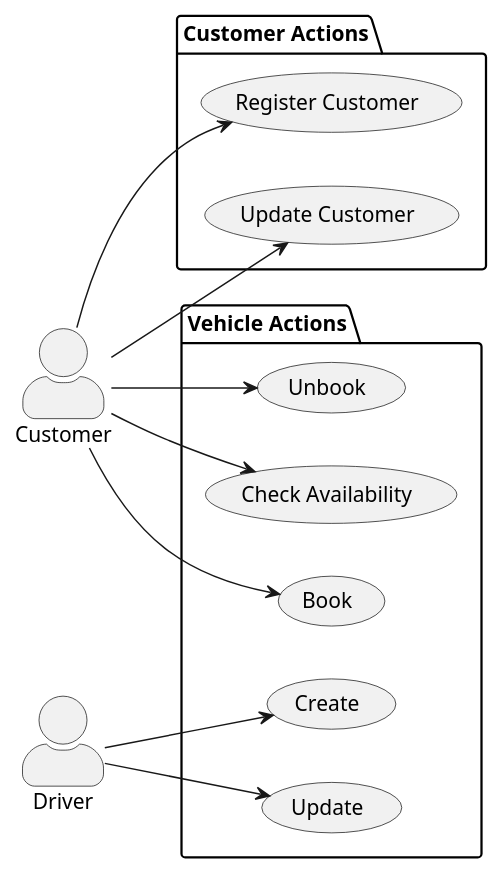
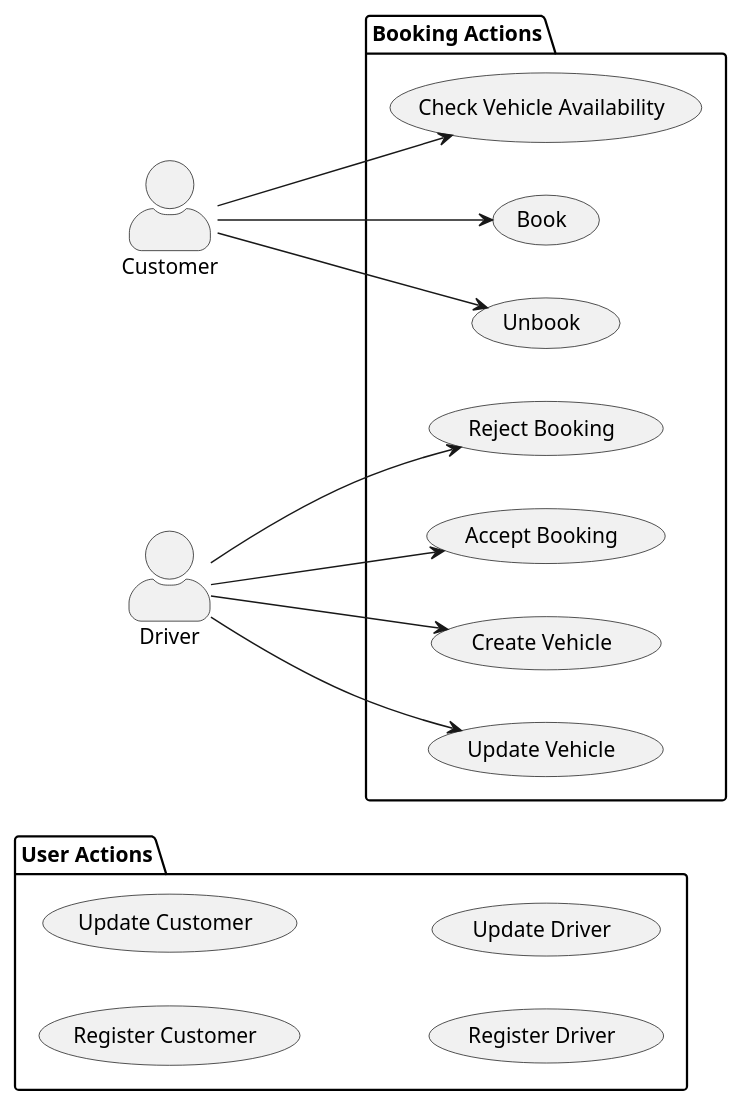
One commit to MarkKopfner/car-rental-demo changed the diagram in docs/diagrams/use-cases.puml. Above: the diagram before and after it, drawn with PlantUML. The commit also changed 2 other files, not shown here.

```diff
--- a/docs/diagrams/use-cases.puml
+++ b/docs/diagrams/use-cases.puml
@@ -1,33 +1,35 @@
 @startuml
 
 left to right direction
 skinparam actorStyle awesome
 
 actor Customer as c
 actor Driver as d
 
-package "Customer Actions" {
+package "User Actions" {
     usecase "Register Customer" as uc_registerCustomer
     usecase "Update Customer" as uc_updateCustomer
-    
+    usecase "Register Driver" as uc_registerDriver
+    usecase "Update Driver" as uc_updateDriver
 }
 
-package "Vehicle Actions" {
+package "Booking Actions" {
     usecase "Book" as uc_book
     usecase "Unbook" as uc_unbook
-    usecase "Create" as uc_createVehicle
-    usecase "Update" as uc_updateVehicle
-    usecase "Check Availability" as uc_vehicleAvailability
+    usecase "Create Vehicle" as uc_createVehicle
+    usecase "Update Vehicle" as uc_updateVehicle
+    usecase "Check Vehicle Availability" as uc_vehicleAvailability
+    usecase "Accept Booking" as uc_bookAccept
+    usecase "Reject Booking" as uc_bookReject
 }
 
-c --> uc_registerCustomer
-c --> uc_updateCustomer
 c --> uc_book
 c --> uc_unbook
 c --> uc_vehicleAvailability
 
 d --> uc_createVehicle
 d --> uc_updateVehicle
-
+d --> uc_bookAccept
+d --> uc_bookReject
 
 @enduml
```
